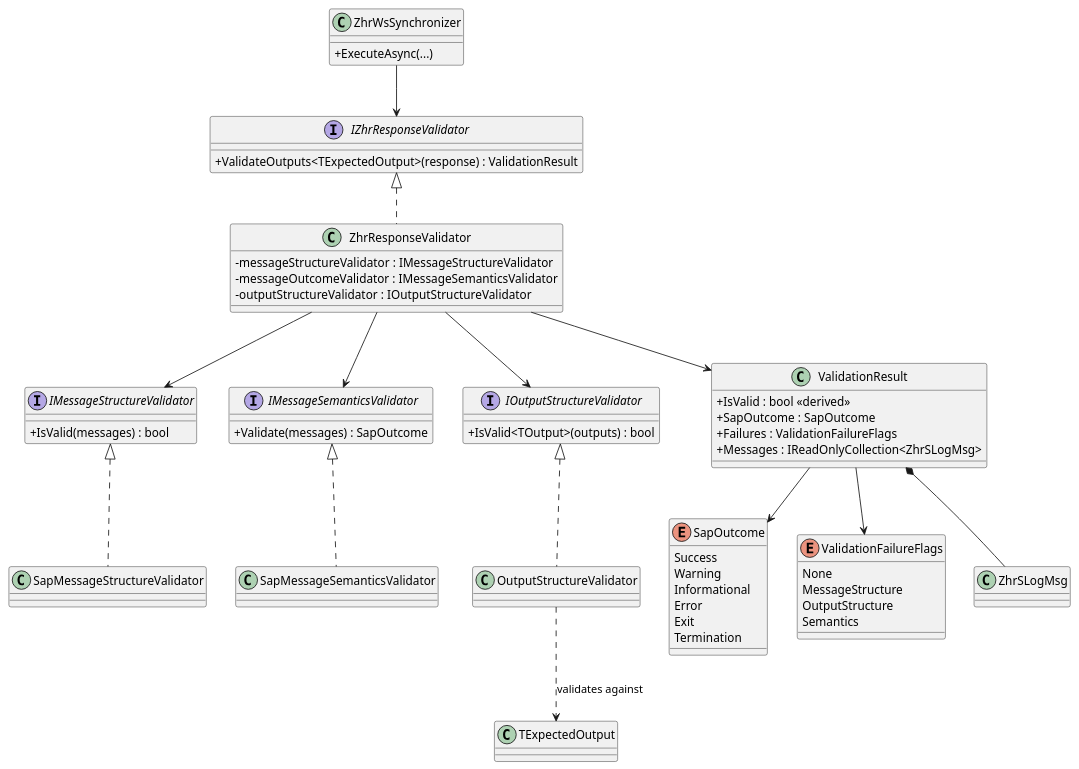
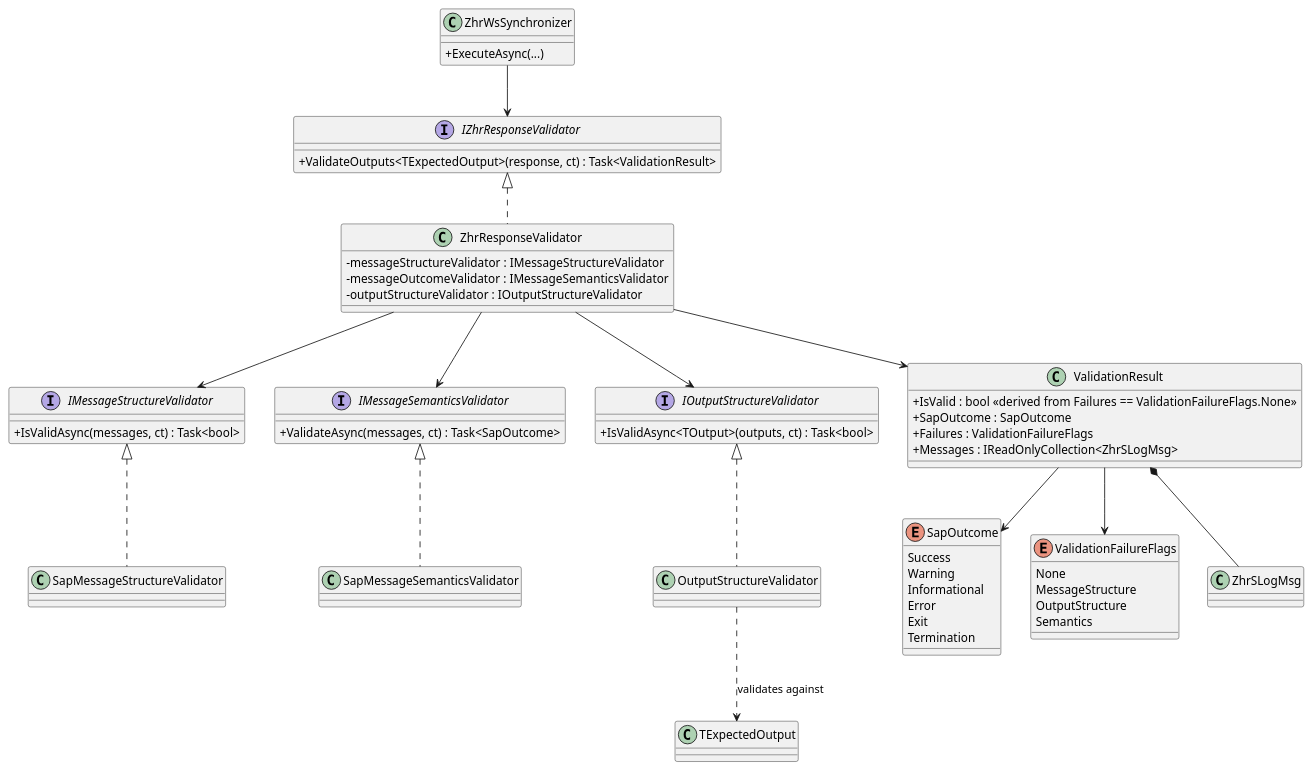
The diagram in docs/adr/003-SYNC-sigdn-response-validation.md (Raimundo82/pessoas-integracao), drawn with PlantUML before and after one commit. The commit also changed other lines of this file and 3 other files, not shown here.

````diff
--- a/docs/adr/003-SYNC-sigdn-response-validation.md
+++ b/docs/adr/003-SYNC-sigdn-response-validation.md
@@ -261,82 +264,82 @@
 ```plantuml
 @startuml
 
 skinparam classAttributeIconSize 0
 
 class ZhrWsSynchronizer {
     +ExecuteAsync(...)
 }
 
 interface IZhrResponseValidator {
-    +ValidateOutputs<TExpectedOutput>(response) : ValidationResult
+    +ValidateOutputs<TExpectedOutput>(response, ct) : Task<ValidationResult>
 }
 
 class ZhrResponseValidator {
     -messageStructureValidator : IMessageStructureValidator
     -messageOutcomeValidator : IMessageSemanticsValidator
     -outputStructureValidator : IOutputStructureValidator
 }
 
 interface IMessageStructureValidator {
-    +IsValid(messages) : bool
+    +IsValidAsync(messages, ct) : Task<bool>
 }
 
 interface IMessageSemanticsValidator {
-    +Validate(messages) : SapOutcome
+    +ValidateAsync(messages, ct) : Task<SapOutcome>
 }
 
 interface IOutputStructureValidator {
-    +IsValid<TOutput>(outputs) : bool
+    +IsValidAsync<TOutput>(outputs, ct) : Task<bool>
 }
 
 class SapMessageStructureValidator
 class SapMessageSemanticsValidator
 class OutputStructureValidator
 
 class ValidationResult {
-    +IsValid : bool <<derived>>
+    +IsValid : bool <<derived from Failures == ValidationFailureFlags.None>>
     +SapOutcome : SapOutcome
     +Failures : ValidationFailureFlags
     +Messages : IReadOnlyCollection<ZhrSLogMsg>
 }
 
 enum SapOutcome {
     Success
     Warning
     Informational
     Error
     Exit
     Termination
 }
 
 enum ValidationFailureFlags {
     None
     MessageStructure
     OutputStructure
     Semantics
 }
 
 class ZhrSLogMsg
 
 ZhrWsSynchronizer --> IZhrResponseValidator
 
 IZhrResponseValidator <|.. ZhrResponseValidator
 
 ZhrResponseValidator --> IMessageStructureValidator
 ZhrResponseValidator --> IMessageSemanticsValidator
 ZhrResponseValidator --> IOutputStructureValidator
 
 IMessageStructureValidator <|.. SapMessageStructureValidator
 IMessageSemanticsValidator <|.. SapMessageSemanticsValidator
 IOutputStructureValidator <|.. OutputStructureValidator
 
 ZhrResponseValidator --> ValidationResult
 
 ValidationResult *-- ZhrSLogMsg
 ValidationResult --> SapOutcome
 ValidationResult --> ValidationFailureFlags
 
 OutputStructureValidator ..> TExpectedOutput : validates against
 
 @enduml
 ```
````
